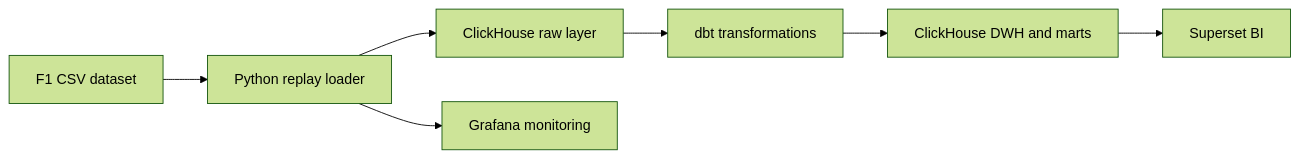
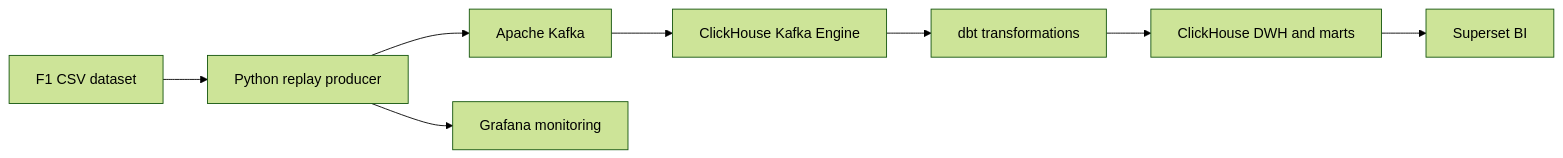
The diagram in README.md (AlChernoff/f1-clickhouse-analytics), drawn with Mermaid (forest theme) before and after one commit. The commit also changed other lines of this file and 16 other files, not shown here.

````diff
--- a/README.md
+++ b/README.md
@@ -61,9 +63,10 @@
 ```mermaid
 flowchart LR
-    CSV[F1 CSV dataset] --> Loader[Python replay loader]
-    Loader --> Raw[ClickHouse raw layer]
+    CSV[F1 CSV dataset] --> Loader[Python replay producer]
+    Loader --> Kafka[Apache Kafka]
+    Kafka --> Raw[ClickHouse Kafka Engine]
     Raw --> dbt[dbt transformations]
     dbt --> Marts[ClickHouse DWH and marts]
     Loader --> Grafana[Grafana monitoring]
     Marts --> Superset[Superset BI]
 ```
````
